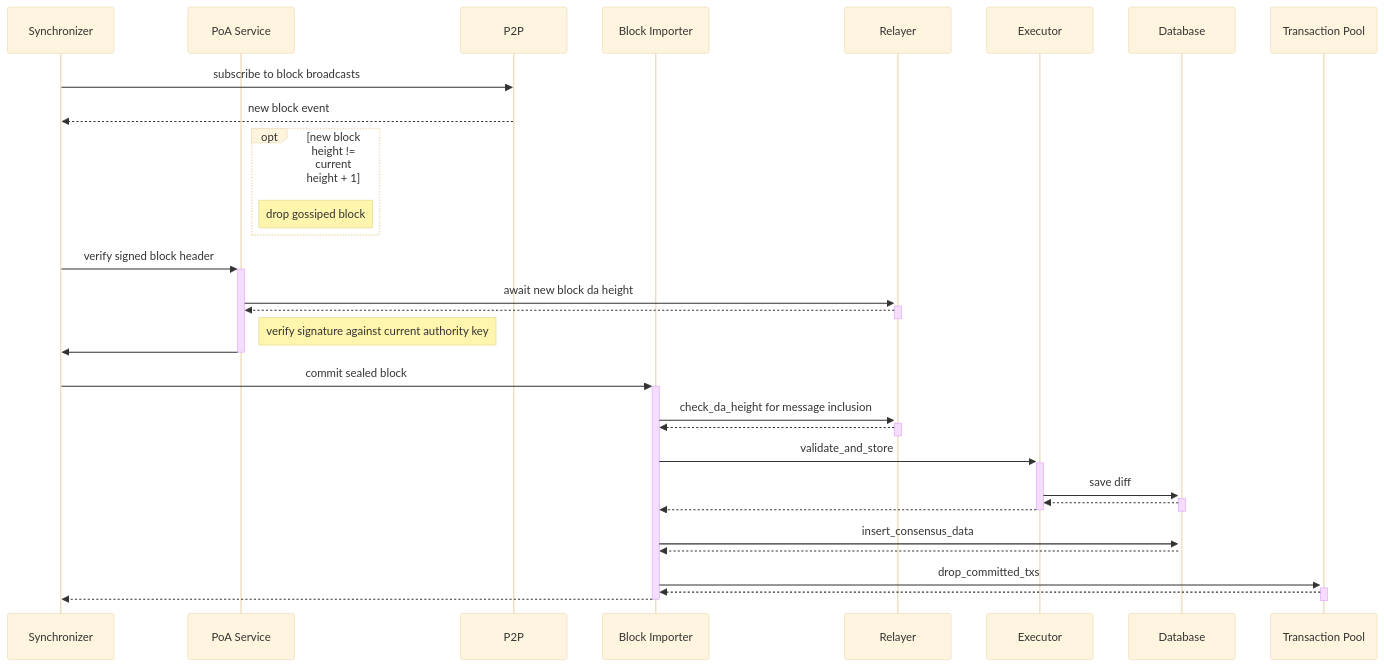
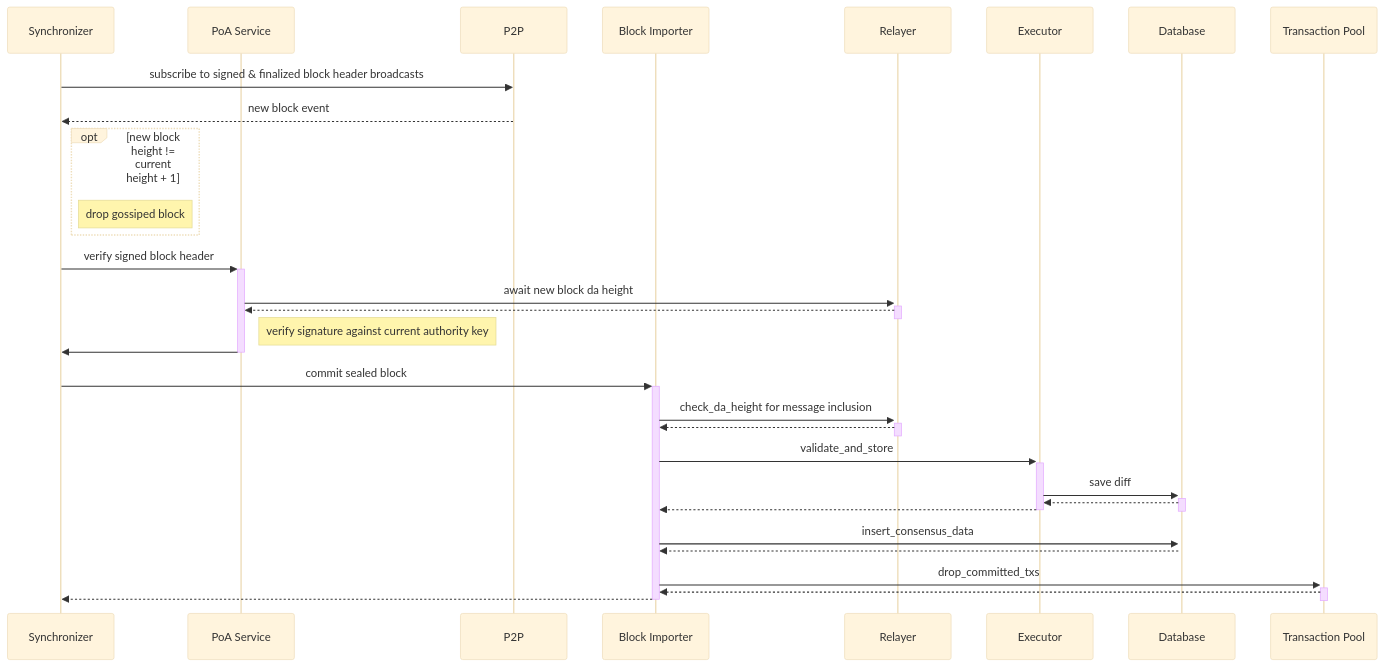
The third of 3 diagrams in docs/poa/flows.md (FuelLabs/fuel-core), drawn with Mermaid (base theme) before and after one commit. The commit also changed other lines of this file and 1 other file, not shown here.

Commit message:
consolidate block persistence to the BI, and add disclaimer for the ports design

````diff
--- a/docs/poa/flows.md
+++ b/docs/poa/flows.md
@@ -77,34 +83,34 @@
 ```mermaid
 sequenceDiagram
     participant S as Synchronizer
     participant POA as PoA Service
     participant P2P as P2P
     participant BI as Block Importer
     participant R as Relayer
     participant E as Executor
     participant D as Database
     participant TX as Transaction Pool
     
-    S->>P2P: subscribe to block broadcasts
+    S->>P2P: subscribe to signed & finalized block header broadcasts
     P2P-->>S: new block event
     opt new block height != current height + 1
-    note right of POA: drop gossiped block
+    note right of S: drop gossiped block
     end
     S->>+POA: verify signed block header
     POA->>+R: await new block da height
     R-->>-POA: 
         note right of POA: verify signature against current authority key
     POA->>-S: 
     S->>+BI: commit sealed block
     BI->>+R: check_da_height for message inclusion
     R-->>-BI: 
     BI->>+E: validate_and_store 
     E->>+D: save diff
     D-->>-E: 
     E-->>-BI: 
     BI->>+D: insert_consensus_data
     D-->>BI: 
     BI->>+TX: drop_committed_txs
     TX-->>-BI: 
     BI-->>-S: 
 ```
````
